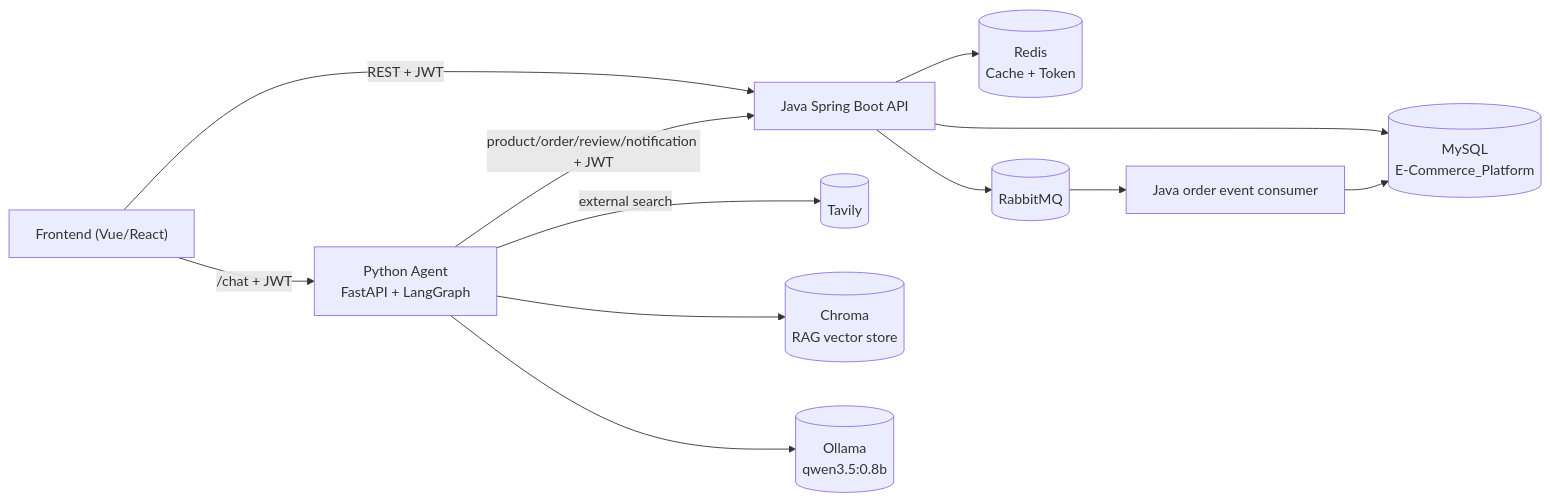
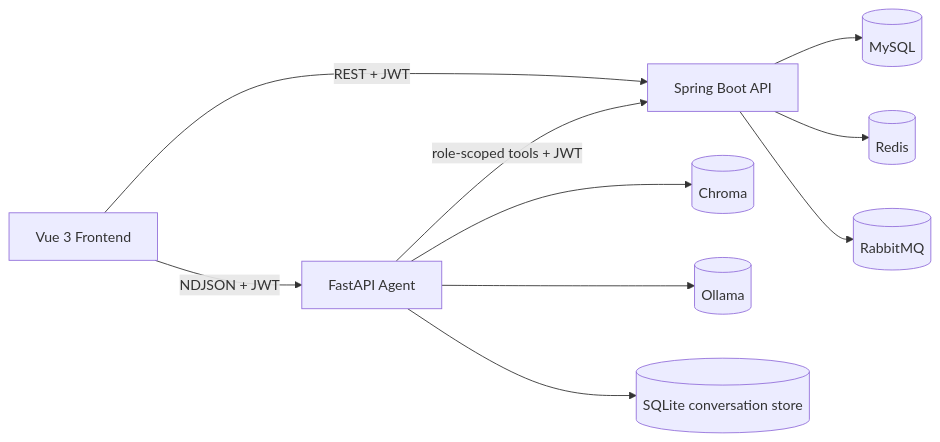
One commit to simon06817/E-Commerce-Platform changed the diagram in README.md. Above: the diagram before and after it, drawn with Mermaid. The commit also changed other lines of this file and 347 other files, not shown here.

Commit message:
feat: finalize platform architecture and docs

````diff
--- a/README.md
+++ b/README.md
@@ -36,14 +19,12 @@
 ```mermaid
 flowchart LR
-    UI["Frontend (Vue/React)"] -->|"REST + JWT"| API["Java Spring Boot API"]
-    UI -->|"/chat + JWT"| AGENT["Python Agent<br/>FastAPI + LangGraph"]
-    API --> MYSQL[("MySQL<br/>E-Commerce_Platform")]
-    API --> REDIS[("Redis<br/>Cache + Token")]
-    API --> RABBIT[("RabbitMQ")]
-    RABBIT --> CONSUMER["Java order event consumer"]
-    CONSUMER --> MYSQL
-    AGENT -->|"product/order/review/notification + JWT"| API
-    AGENT -->|"external search"| TAVILY[("Tavily")]
-    AGENT --> CHROMA[("Chroma<br/>RAG vector store")]
-    AGENT --> OLLAMA[("Ollama<br/>qwen3.5:0.8b")]
+    FE["Vue 3 Frontend"] -->|"REST + JWT"| JAVA["Spring Boot API"]
+    FE -->|"NDJSON + JWT"| AGENT["FastAPI Agent"]
+    AGENT -->|"role-scoped tools + JWT"| JAVA
+    AGENT --> CHROMA[("Chroma")]
+    AGENT --> OLLAMA[("Ollama")]
+    AGENT --> SQLITE[("SQLite conversation store")]
+    JAVA --> MYSQL[("MySQL")]
+    JAVA --> REDIS[("Redis")]
+    JAVA --> MQ[("RabbitMQ")]
 ```
````
